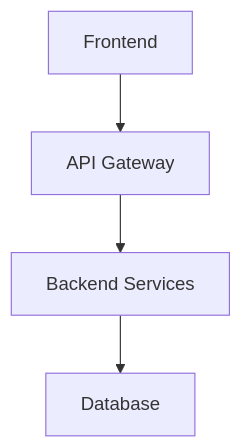
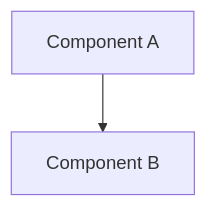
The diagram in assets/templates/shared/plan-template.md (SylphxAI/flow), drawn with Mermaid before and after one commit. The commit also changed other lines of this file and 6 other files, not shown here.

````diff
--- a/assets/templates/shared/plan-template.md
+++ b/assets/templates/shared/plan-template.md
@@ -8,6 +5,4 @@
 ```mermaid
 graph TB
-    A[Frontend] --> B[API Gateway]
-    B --> C[Backend Services]
-    C --> D[Database]
+    A[Component A] --> B[Component B]
 ```
````
